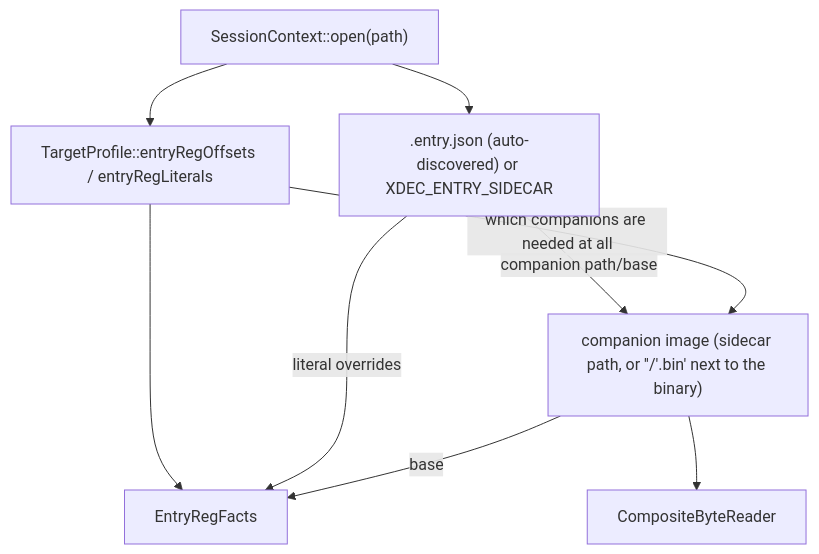
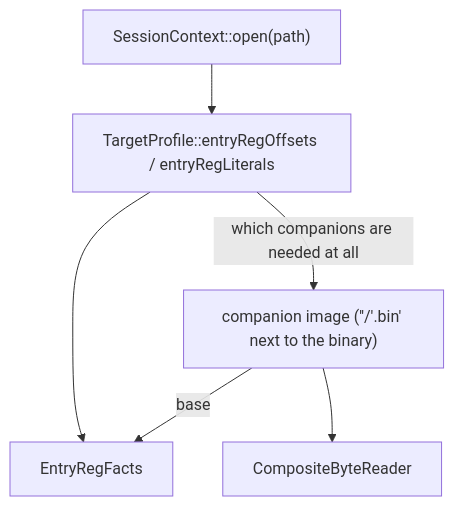
The diagram in docs/21-entry-reg-platform.md (zhuzhu-Top/xdec), drawn with Mermaid before and after one commit. The commit also changed other lines of this file and 68 other files, not shown here.

First line of the commit message:
Remove .entry.json sidecar and add path eval, dyld cache, and Apple dispatch support.

````diff
--- a/docs/21-entry-reg-platform.md
+++ b/docs/21-entry-reg-platform.md
@@ -21,17 +21,13 @@
 ```mermaid
 flowchart TD
   Open["SessionContext::open(path)"]
   Profile["TargetProfile::entryRegOffsets / entryRegLiterals"]
-  Sidecar["<binary>.entry.json (auto-discovered) or XDEC_ENTRY_SIDECAR"]
-  Companion["companion image (sidecar path, or '<name>'/'<name>.bin' next to the binary)"]
+  Companion["companion image ('<name>'/'<name>.bin' next to the binary)"]
   Facts["EntryRegFacts"]
   Reader["CompositeByteReader"]
   Profile --> Facts
   Open --> Profile
-  Open --> Sidecar
-  Sidecar -- "literal overrides" --> Facts
-  Sidecar -- "companion path/base" --> Companion
   Profile -- "which companions are needed at all" --> Companion
   Companion --> Reader
   Companion -- "base" --> Facts
 ```
````
